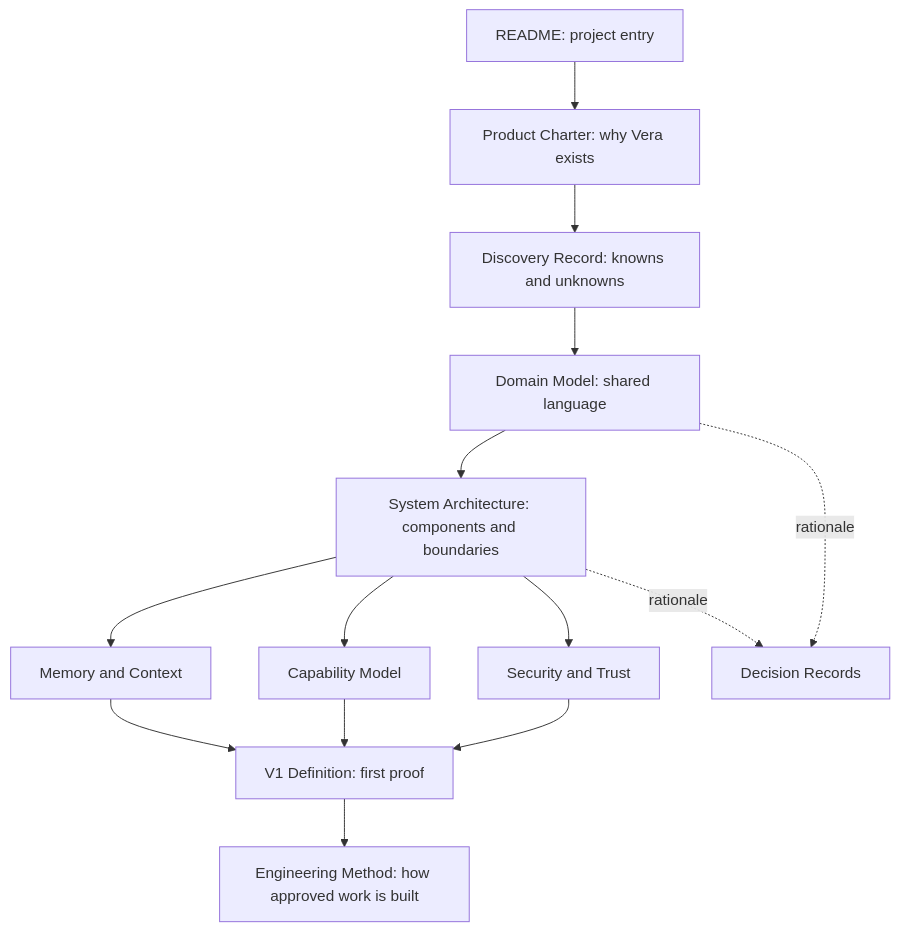
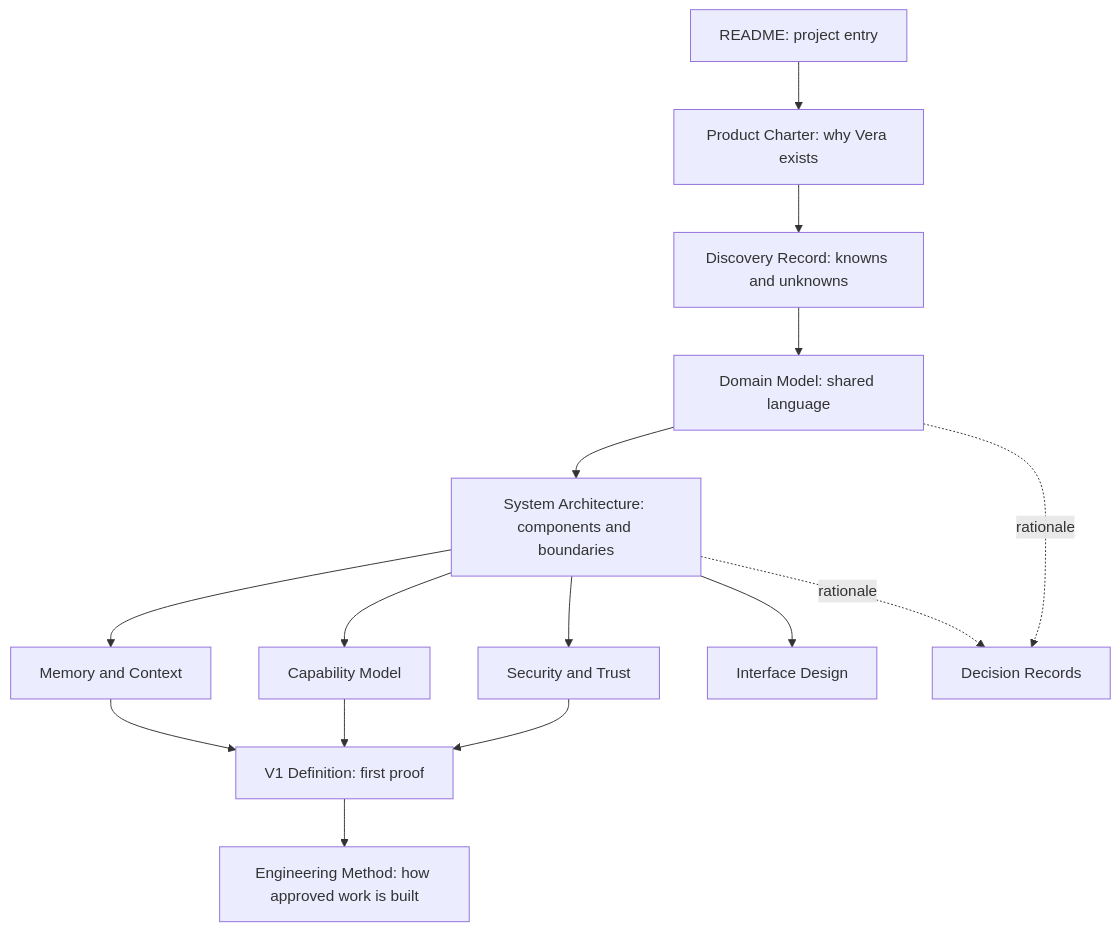
One commit to 4romgod/vera changed the diagram in docs/README.md. Above: the diagram before and after it, drawn with Mermaid. The commit also changed other lines of this file and 38 other files, not shown here.

````diff
--- a/docs/README.md
+++ b/docs/README.md
@@ -69,16 +71,17 @@
 ```mermaid
 flowchart TD
     R["README: project entry"] --> P["Product Charter: why Vera exists"]
     P --> D["Discovery Record: knowns and unknowns"]
     D --> DM["Domain Model: shared language"]
     DM --> A["System Architecture: components and boundaries"]
     A --> MC["Memory and Context"]
     A --> CM["Capability Model"]
     A --> ST["Security and Trust"]
+    A --> UI["Interface Design"]
     MC --> V1["V1 Definition: first proof"]
     CM --> V1
     ST --> V1
     V1 --> EM["Engineering Method: how approved work is built"]
     A -. rationale .-> ADR["Decision Records"]
     DM -. rationale .-> ADR
 ```
````
